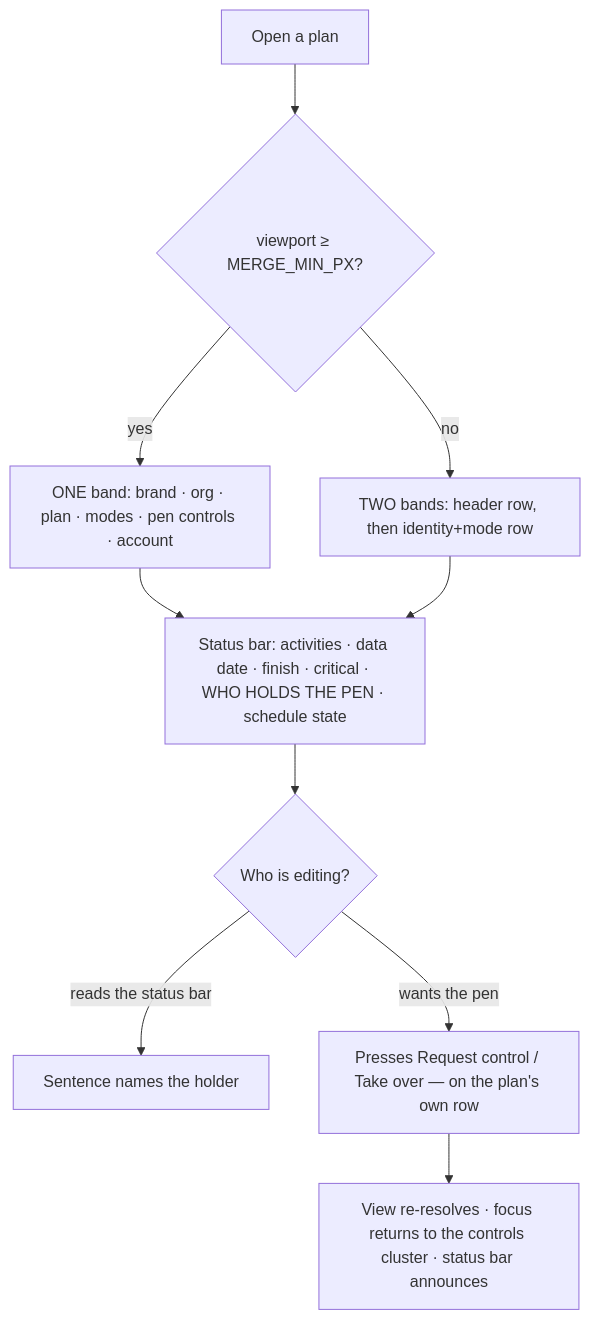
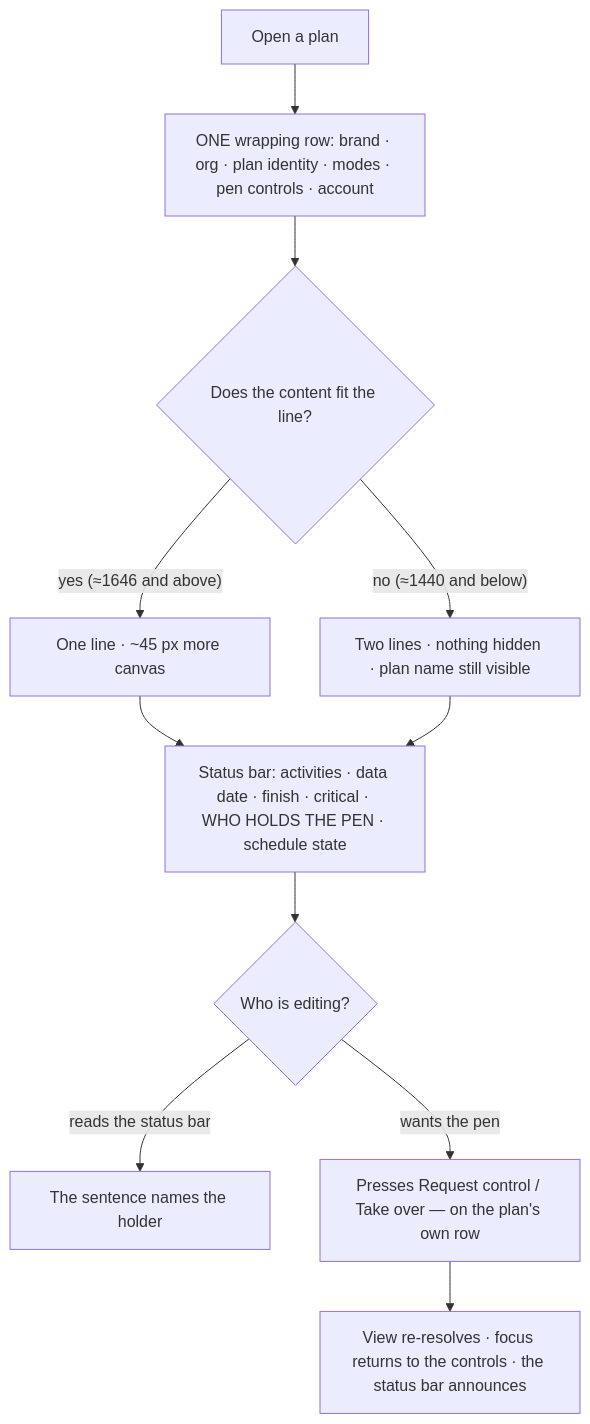
One commit to HuttonHomeHub/SchedulePoint_1 changed the third of 3 diagrams in docs/specs/one-row-header/feature-spec.md. Above: the diagram before and after it, drawn with Mermaid. The commit also changed other lines of this file and 3 other files, not shown here.

````diff
--- a/docs/specs/one-row-header/feature-spec.md
+++ b/docs/specs/one-row-header/feature-spec.md
@@ -486,12 +568,13 @@
 ```mermaid
 flowchart TD
-  A[Open a plan] --> B{viewport ≥ MERGE_MIN_PX?}
-  B -- yes --> C[ONE band: brand · org · plan · modes · pen controls · account]
-  B -- no --> D[TWO bands: header row, then identity+mode row]
-  C --> E[Status bar: activities · data date · finish · critical · WHO HOLDS THE PEN · schedule state]
-  D --> E
-  E --> F{Who is editing?}
-  F -- reads the status bar --> G[Sentence names the holder]
-  F -- wants the pen --> H[Presses Request control / Take over — on the plan's own row]
-  H --> I[View re-resolves · focus returns to the controls cluster · status bar announces]
+  A[Open a plan] --> B["ONE wrapping row: brand · org · plan identity · modes · pen controls · account"]
+  B --> C{Does the content fit the line?}
+  C -- "yes (≈1646 and above)" --> D[One line · ~45 px more canvas]
+  C -- "no (≈1440 and below)" --> E["Two lines · nothing hidden · plan name still visible"]
+  D --> F["Status bar: activities · data date · finish · critical · WHO HOLDS THE PEN · schedule state"]
+  E --> F
+  F --> G{Who is editing?}
+  G -- reads the status bar --> H[The sentence names the holder]
+  G -- wants the pen --> I["Presses Request control / Take over — on the plan's own row"]
+  I --> J[View re-resolves · focus returns to the controls · the status bar announces]
 ```
````
